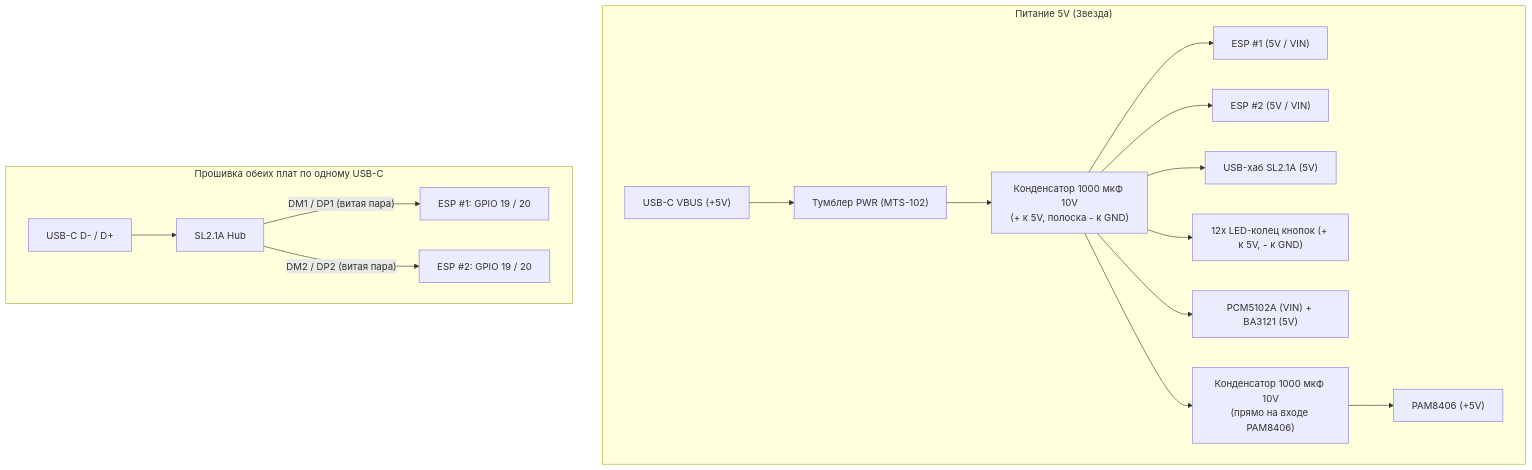
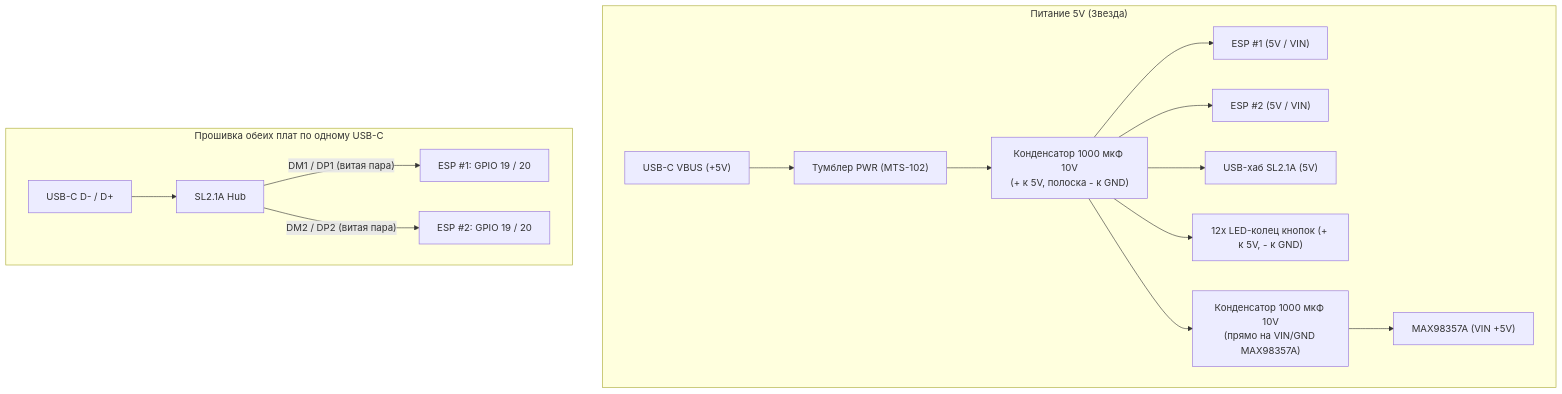
One commit to onceuponoleg/CyberDeckSynth changed the first of 2 diagrams in docs/WIRING_AND_PINOUT.md. Above: the diagram before and after it, drawn with Mermaid. The commit also changed other lines of this file, not shown here.

````diff
--- a/docs/WIRING_AND_PINOUT.md
+++ b/docs/WIRING_AND_PINOUT.md
@@ -62,19 +63,18 @@
 ```mermaid
 flowchart TB
     subgraph POWER["Питание 5V (Звезда)"]
         USBC_V["USB-C VBUS (+5V)"] --> SW_P["Тумблер PWR (MTS-102)"]
         SW_P --> C1["Конденсатор 1000 мкФ 10V<br/>(+ к 5V, полоска - к GND)"]
         C1 --> P_E1["ESP #1 (5V / VIN)"]
         C1 --> P_E2["ESP #2 (5V / VIN)"]
         C1 --> P_HUB["USB-хаб SL2.1A (5V)"]
         C1 --> P_LEDS["12x LED-колец кнопок (+ к 5V, - к GND)"]
-        C1 --> P_DAC["PCM5102A (VIN) + BA3121 (5V)"]
-        C1 --> C2["Конденсатор 1000 мкФ 10V<br/>(прямо на входе PAM8406)"] --> P_AMP["PAM8406 (+5V)"]
+        C1 --> C2["Конденсатор 1000 мкФ 10V<br/>(прямо на VIN/GND MAX98357A)"] --> P_AMP["MAX98357A (VIN +5V)"]
     end
 
     subgraph USB["Прошивка обеих плат по одному USB-C"]
         USBC_D["USB-C D- / D+"] --> HUB["SL2.1A Hub"]
         HUB -->|"DM1 / DP1 (витая пара)"| U1["ESP #1: GPIO 19 / 20"]
         HUB -->|"DM2 / DP2 (витая пара)"| U2["ESP #2: GPIO 19 / 20"]
     end
 ```
````
